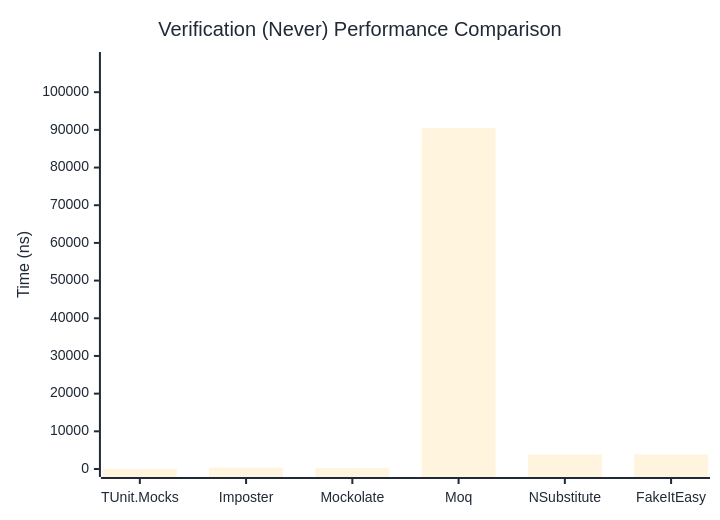
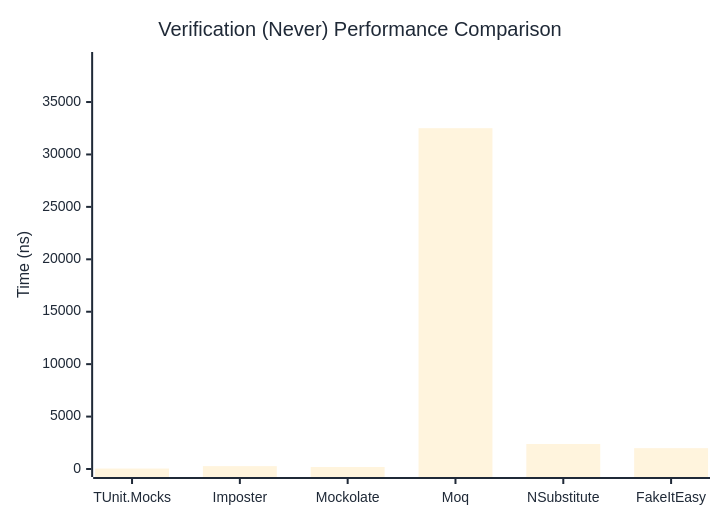
One commit to thomhurst/TUnit changed the second of 3 diagrams in docs/docs/benchmarks/mocks/Verification.md. Above: the diagram before and after it, drawn with Mermaid. The commit also changed other lines of this file and 14 other files, not shown here.

````diff
--- a/docs/docs/benchmarks/mocks/Verification.md
+++ b/docs/docs/benchmarks/mocks/Verification.md
@@ -71,27 +71,27 @@
 ```mermaid
 %%{init: {
   'theme':'base',
   'themeVariables': {
     'primaryColor': '#2563eb',
     'primaryTextColor': '#1f2937',
     'primaryBorderColor': '#1e40af',
     'lineColor': '#6b7280',
     'secondaryColor': '#7c3aed',
     'tertiaryColor': '#dc2626',
     'background': '#ffffff',
     'pie1': '#2563eb',
     'pie2': '#7c3aed',
     'pie3': '#dc2626',
     'pie4': '#f59e0b',
     'pie5': '#10b981',
     'pie6': '#06b6d4',
     'pie7': '#ec4899',
     'pie8': '#6366f1'
   }
 }}%%
 xychart-beta
   title "Verification (Never) Performance Comparison"
   x-axis ["TUnit.Mocks", "Imposter", "Mockolate", "Moq", "NSubstitute", "FakeItEasy"]
-  y-axis "Time (ns)" 0 --> 108542
-  bar [51.78, 335.88, 239.11, 90451.07, 3846.98, 3852.37]
+  y-axis "Time (ns)" 0 --> 39009
+  bar [41.07, 273.51, 191.15, 32506.73, 2385.96, 1987.85]
 ```
````
